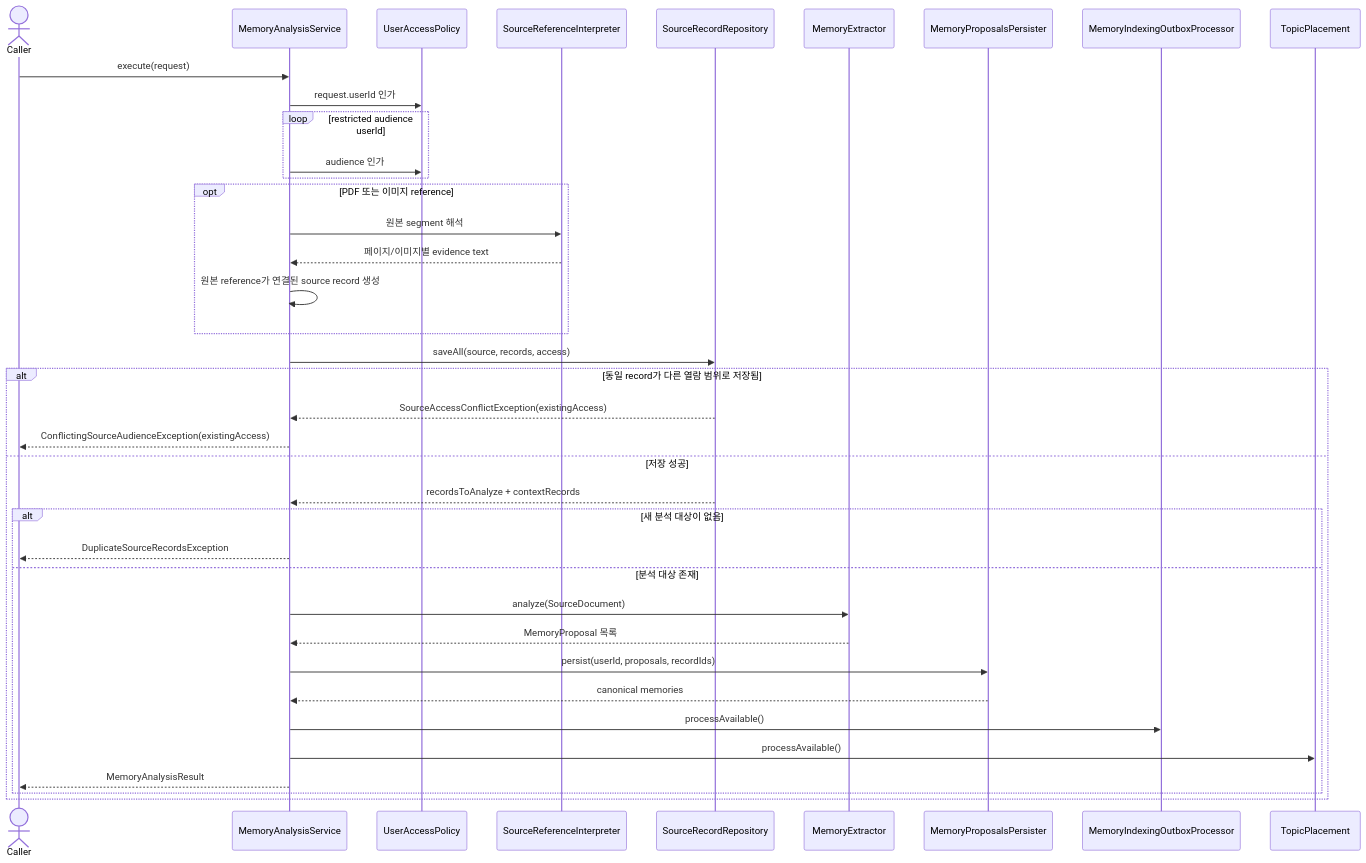
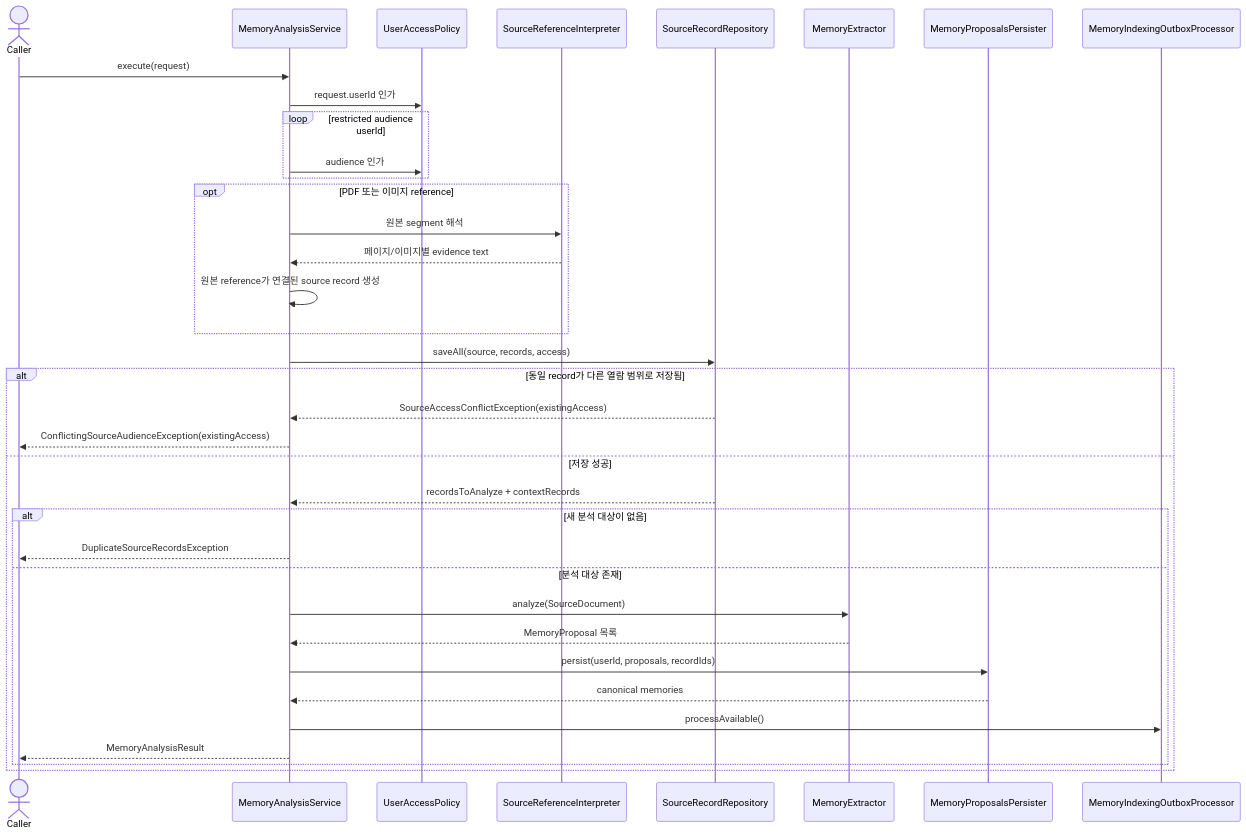
One commit to magenta1223/home_assistant changed the second of 2 diagrams in application/src/main/kotlin/com/homeassistant/application/usecase/memory/analysis/README.md. Above: the diagram before and after it, drawn with Mermaid. The commit also changed other lines of this file and 30 other files, not shown here.

Commit message:
refactor: remove LM-driven Topic generation and automatic placement

````diff
--- a/application/src/main/kotlin/com/homeassistant/application/usecase/memory/analysis/README.md
+++ b/application/src/main/kotlin/com/homeassistant/application/usecase/memory/analysis/README.md
@@ -41,41 +41,39 @@
 ```mermaid
 sequenceDiagram
     actor Caller
     participant Analysis as MemoryAnalysisService
     participant Access as UserAccessPolicy
     participant Reference as SourceReferenceInterpreter
     participant Sources as SourceRecordRepository
     participant Extractor as MemoryExtractor
     participant Persister as MemoryProposalsPersister
     participant Indexing as MemoryIndexingOutboxProcessor
-    participant Placement as TopicPlacement
 
     Caller->>Analysis: execute(request)
     Analysis->>Access: request.userId 인가
     loop restricted audience userId
         Analysis->>Access: audience 인가
     end
     opt PDF 또는 이미지 reference
         Analysis->>Reference: 원본 segment 해석
         Reference-->>Analysis: 페이지/이미지별 evidence text
         Analysis->>Analysis: 원본 reference가 연결된 source record 생성
     end
     Analysis->>Sources: saveAll(source, records, access)
     alt 동일 record가 다른 열람 범위로 저장됨
         Sources-->>Analysis: SourceAccessConflictException(existingAccess)
         Analysis-->>Caller: ConflictingSourceAudienceException(existingAccess)
     else 저장 성공
         Sources-->>Analysis: recordsToAnalyze + contextRecords
         alt 새 분석 대상이 없음
             Analysis-->>Caller: DuplicateSourceRecordsException
         else 분석 대상 존재
             Analysis->>Extractor: analyze(SourceDocument)
             Extractor-->>Analysis: MemoryProposal 목록
             Analysis->>Persister: persist(userId, proposals, recordIds)
             Persister-->>Analysis: canonical memories
             Analysis->>Indexing: processAvailable()
-            Analysis->>Placement: processAvailable()
             Analysis-->>Caller: MemoryAnalysisResult
         end
     end
 ```
````
